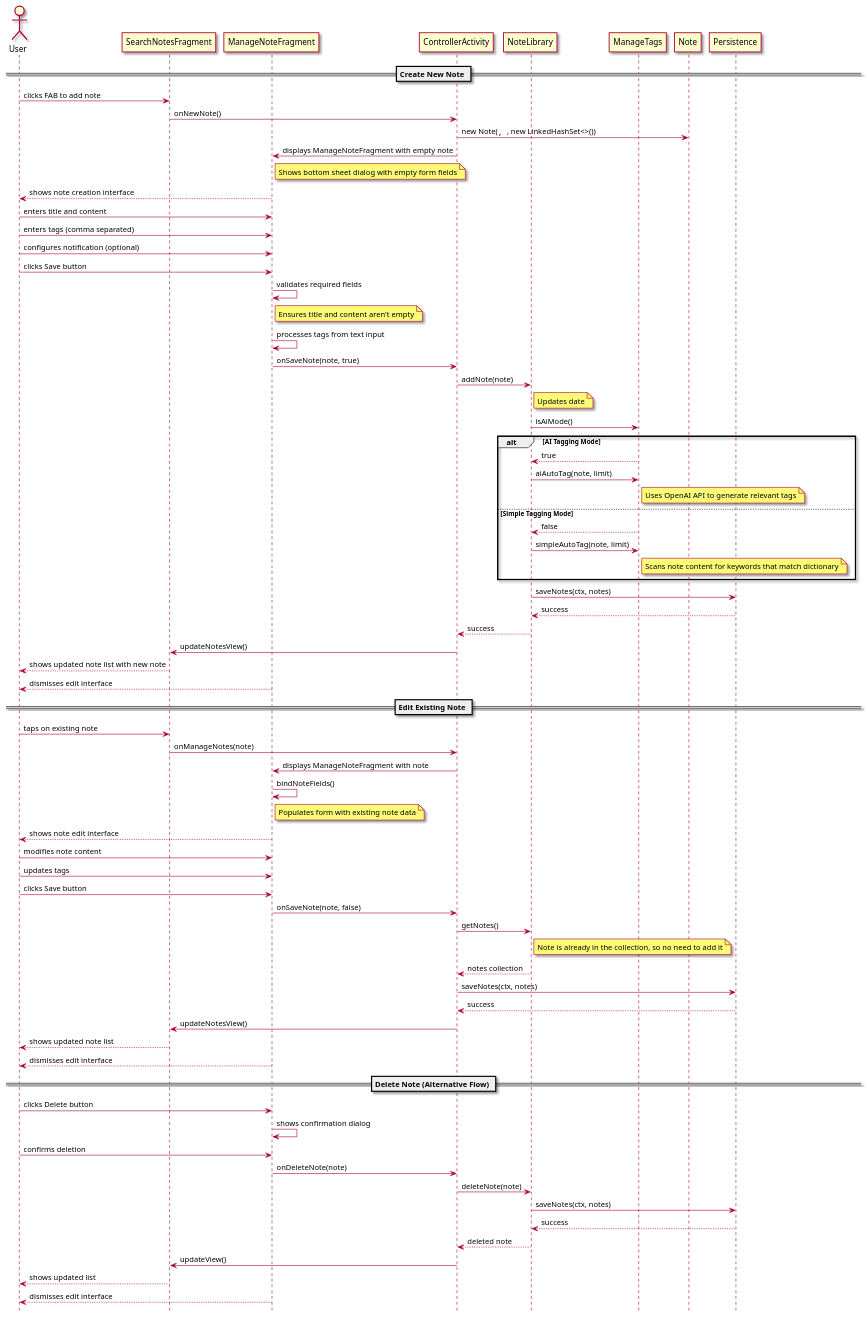
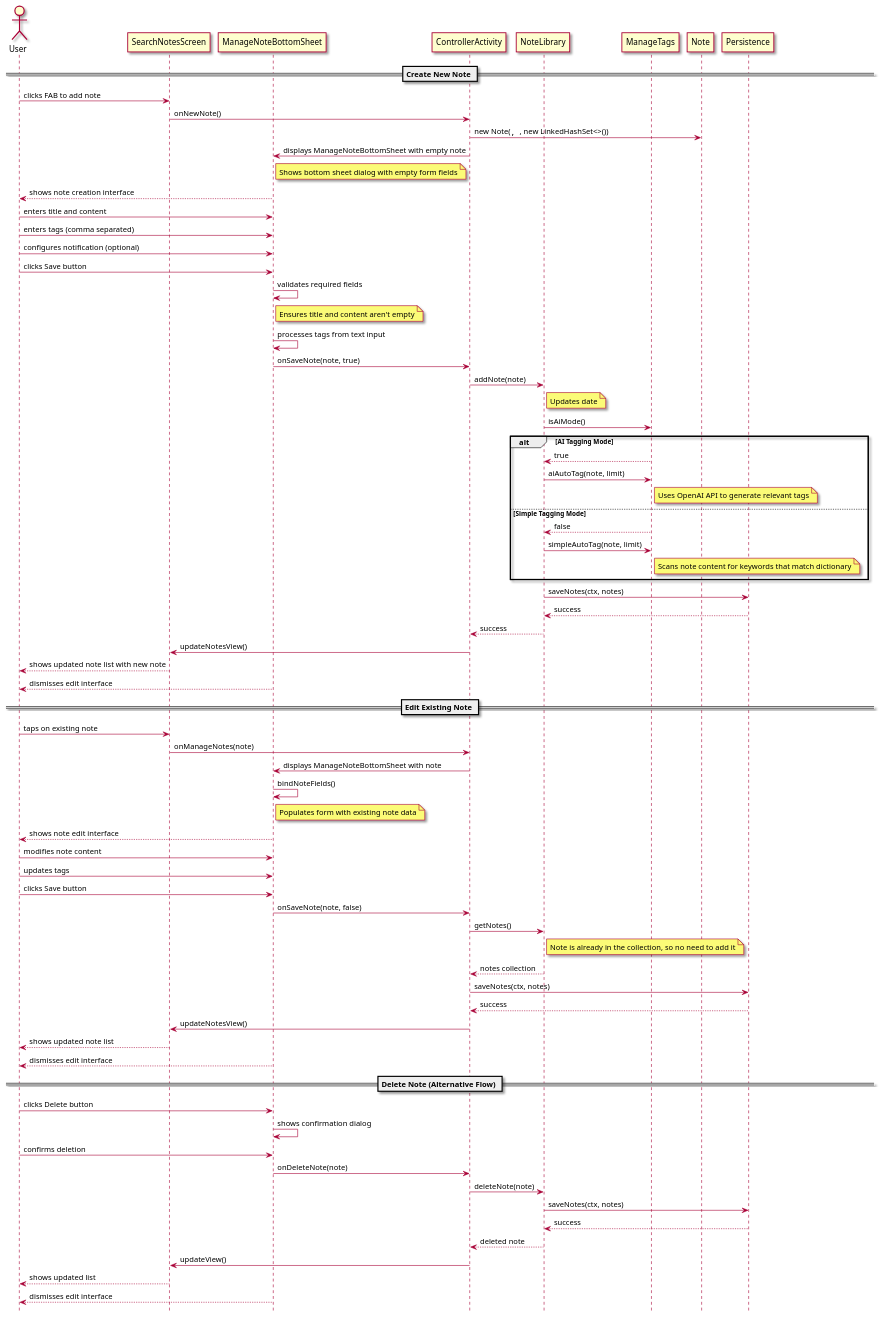
The second of 2 diagrams in docs/architecture/use-cases/manageNote.md (patricksmill/QuickNotes), drawn with PlantUML before and after one commit. The commit also changed 26 other files, not shown here.

````diff
--- a/docs/architecture/use-cases/manageNote.md
+++ b/docs/architecture/use-cases/manageNote.md
@@ -102,82 +102,82 @@
 ```plantuml
 @startuml
 hide footbox
 skin rose
 actor User as user
-participant "SearchNotesFragment" as listUI
-participant "ManageNoteFragment" as noteUI
+participant "SearchNotesScreen" as listUI
+participant "ManageNoteBottomSheet" as noteUI
 participant "ControllerActivity" as controller
 participant "NoteLibrary" as noteLibrary
 participant "ManageTags" as manageTags
 participant "Note" as note
 participant "Persistence" as persistence
 
 == Create New Note ==
 user -> listUI: clicks FAB to add note
 listUI -> controller: onNewNote()
 controller -> note: new Note("", "", new LinkedHashSet<>())
-controller -> noteUI: displays ManageNoteFragment with empty note
+controller -> noteUI: displays ManageNoteBottomSheet with empty note
 note right of noteUI: Shows bottom sheet dialog with empty form fields
 noteUI --> user: shows note creation interface
 user -> noteUI: enters title and content
 user -> noteUI: enters tags (comma separated)
 user -> noteUI: configures notification (optional)
 user -> noteUI: clicks Save button
 noteUI -> noteUI: validates required fields
 note right of noteUI: Ensures title and content aren't empty
 noteUI -> noteUI: processes tags from text input
 noteUI -> controller: onSaveNote(note, true)
 controller -> noteLibrary: addNote(note)
 note right of noteLibrary: Updates date
 noteLibrary -> manageTags: isAiMode()
 alt AI Tagging Mode
   manageTags --> noteLibrary: true
   noteLibrary -> manageTags: aiAutoTag(note, limit)
   note right of manageTags: Uses OpenAI API to generate relevant tags
 else Simple Tagging Mode
   manageTags --> noteLibrary: false
   noteLibrary -> manageTags: simpleAutoTag(note, limit)
   note right of manageTags: Scans note content for keywords that match dictionary
 end
 noteLibrary -> persistence: saveNotes(ctx, notes)
 persistence --> noteLibrary: success
 noteLibrary --> controller: success
 controller -> listUI: updateNotesView()
 listUI --> user: shows updated note list with new note
 noteUI --> user: dismisses edit interface
 
 == Edit Existing Note ==
 user -> listUI: taps on existing note
 listUI -> controller: onManageNotes(note)
-controller -> noteUI: displays ManageNoteFragment with note
+controller -> noteUI: displays ManageNoteBottomSheet with note
 noteUI -> noteUI: bindNoteFields()
 note right of noteUI: Populates form with existing note data
 noteUI --> user: shows note edit interface
 user -> noteUI: modifies note content
 user -> noteUI: updates tags
 user -> noteUI: clicks Save button
 noteUI -> controller: onSaveNote(note, false)
 controller -> noteLibrary: getNotes()
 note right of noteLibrary: Note is already in the collection, so no need to add it
 noteLibrary --> controller: notes collection
 controller -> persistence: saveNotes(ctx, notes)
 persistence --> controller: success
 controller -> listUI: updateNotesView()
 listUI --> user: shows updated note list
 noteUI --> user: dismisses edit interface
 
 
 == Delete Note (Alternative Flow) ==
 user -> noteUI: clicks Delete button
 noteUI -> noteUI: shows confirmation dialog
 user -> noteUI: confirms deletion
 noteUI -> controller: onDeleteNote(note)
 controller -> noteLibrary: deleteNote(note)
 noteLibrary -> persistence: saveNotes(ctx, notes)
 persistence --> noteLibrary: success
 noteLibrary --> controller: deleted note
 controller -> listUI: updateView()
 listUI --> user: shows updated list
 noteUI --> user: dismisses edit interface
 @enduml
 ```
````
